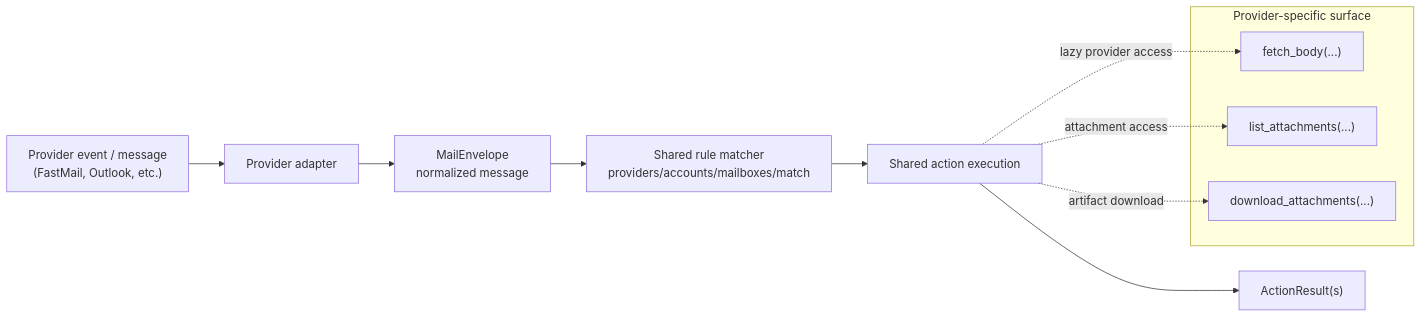
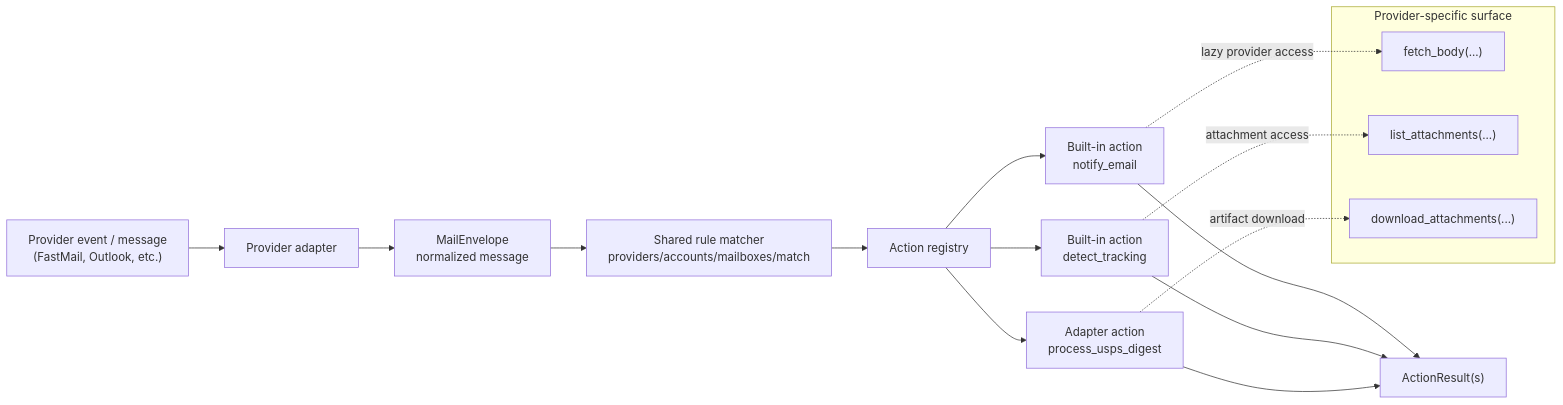
Before and after one commit to JeffSteinbok/octo-docs: the diagram in docs/services/shared_mail_runtime.md, drawn with Mermaid. The commit also changed other lines of this file and 1 other file, not shown here.

Commit message:
docs: refresh USPS runtime pages

````diff
--- a/docs/services/shared_mail_runtime.md
+++ b/docs/services/shared_mail_runtime.md
@@ -40,20 +41,26 @@
 ```mermaid
 flowchart LR
     raw["Provider event / message<br/>(FastMail, Outlook, etc.)"]
     adapter["Provider adapter"]
     envelope["MailEnvelope<br/>normalized message"]
     rules["Shared rule matcher<br/>providers/accounts/mailboxes/match"]
-    actions["Shared action execution"]
+    actions["Action registry"]
+    notify["Built-in action<br/>notify_email"]
+    track["Built-in action<br/>detect_tracking"]
+    usps["Adapter action<br/>process_usps_digest"]
     results["ActionResult(s)"]
 
     subgraph provider["Provider-specific surface"]
         fetch["fetch_body(...)"]
         list["list_attachments(...)"]
         download["download_attachments(...)"]
     end
 
-    raw --> adapter --> envelope --> rules --> actions --> results
-    actions -. lazy provider access .-> fetch
-    actions -. attachment access .-> list
-    actions -. artifact download .-> download
+    raw --> adapter --> envelope --> rules --> actions
+    actions --> notify --> results
+    actions --> track --> results
+    actions --> usps --> results
+    notify -. lazy provider access .-> fetch
+    track -. attachment access .-> list
+    usps -. artifact download .-> download
 ```
````
